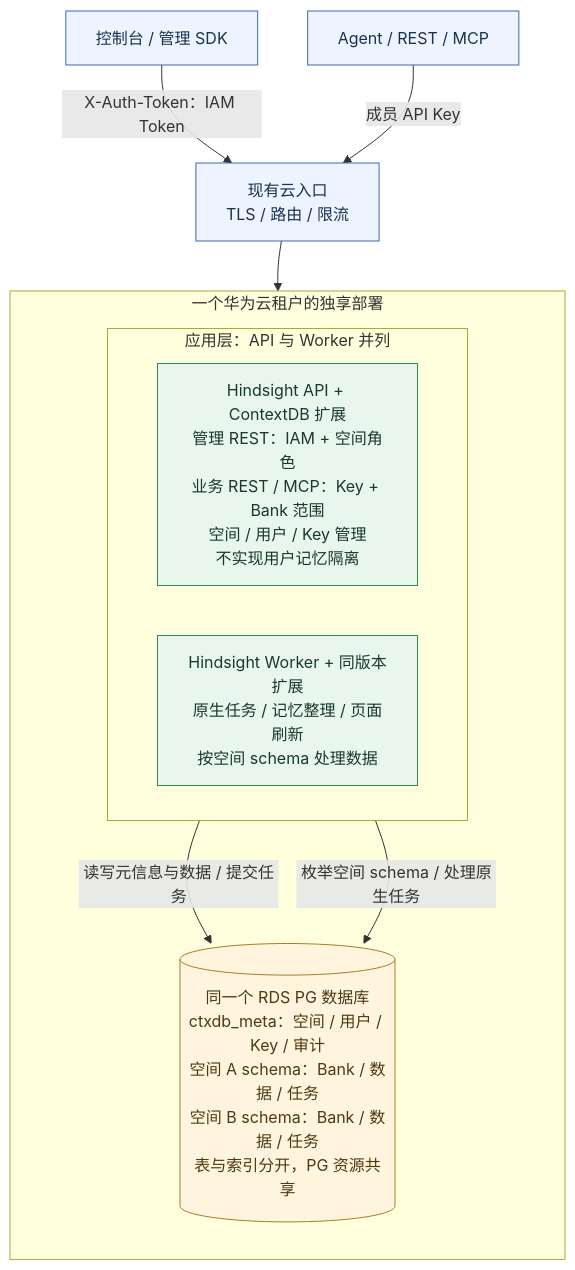
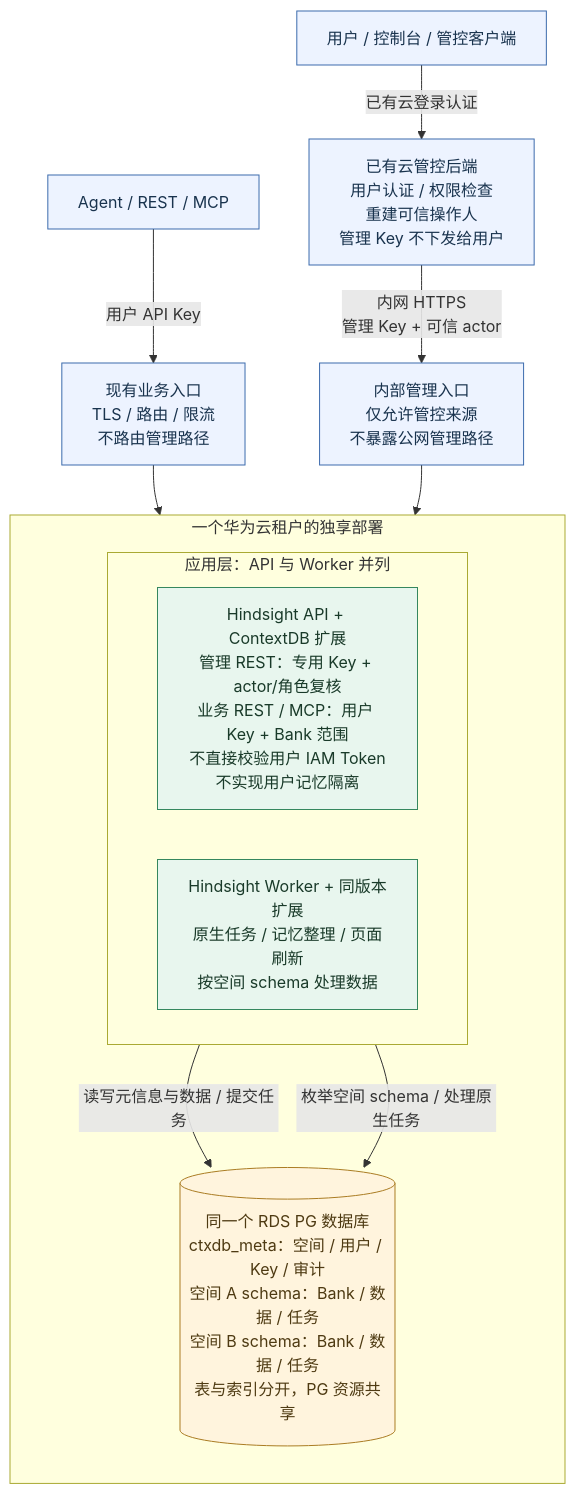
One commit to ZhuQingping/ContextDB-Research changed the diagram in hindsight/diagrams/contextdb-service-architecture.mmd. Above: the diagram before and after it, drawn with Mermaid. The commit also changed 11 other files, not shown here.

Commit message:
docs: use internal control-plane key for ContextDB management

```diff
--- a/hindsight/diagrams/contextdb-service-architecture.mmd
+++ b/hindsight/diagrams/contextdb-service-architecture.mmd
@@ -1,22 +1,23 @@
 flowchart TB
-    Console["控制台 / 管理 SDK"] -- "X-Auth-Token：IAM Token" --> Entry["现有云入口<br/>TLS / 路由 / 限流"]
-    Agent["Agent / REST / MCP"] -- "成员 API Key" --> Entry
+    Console["用户 / 控制台 / 管控客户端"] -- "已有云登录认证" --> Control["已有云管控后端<br/>用户认证 / 权限检查<br/>重建可信操作人<br/>管理 Key 不下发给用户"]
+    Control -- "内网 HTTPS<br/>管理 Key + 可信 actor" --> Internal["内部管理入口<br/>仅允许管控来源<br/>不暴露公网管理路径"]
+    Agent["Agent / REST / MCP"] -- "用户 API Key" --> Entry["现有业务入口<br/>TLS / 路由 / 限流<br/>不路由管理路径"]
     subgraph Tenant["一个华为云租户的独享部署"]
         direction TB
         subgraph App["应用层：API 与 Worker 并列"]
             direction LR
-            API["Hindsight API + ContextDB 扩展<br/>管理 REST：IAM + 空间角色<br/>业务 REST / MCP：Key + Bank 范围<br/>空间 / 用户 / Key 管理<br/>不实现用户记忆隔离"]
+            API["Hindsight API + ContextDB 扩展<br/>管理 REST：专用 Key + actor/角色复核<br/>业务 REST / MCP：用户 Key + Bank 范围<br/>不直接校验用户 IAM Token<br/>不实现用户记忆隔离"]
             Worker["Hindsight Worker + 同版本扩展<br/>原生任务 / 记忆整理 / 页面刷新<br/>按空间 schema 处理数据"]
         end
         PG[("同一个 RDS PG 数据库<br/>ctxdb_meta：空间 / 用户 / Key / 审计<br/>空间 A schema：Bank / 数据 / 任务<br/>空间 B schema：Bank / 数据 / 任务<br/>表与索引分开，PG 资源共享")]
         API -- "读写元信息与数据 / 提交任务" --> PG
         Worker -- "枚举空间 schema / 处理原生任务" --> PG
     end
     Entry --> API
-    Entry ~~~ Worker
+    Internal --> API
     classDef entry fill:#edf3ff,stroke:#3c6bad,color:#19334e
     classDef app fill:#e8f6ee,stroke:#35875e,color:#193a29
     classDef storage fill:#fff4dd,stroke:#aa7c23,color:#4e3a12
-    class Console,Agent,Entry entry
+    class Console,Control,Internal,Agent,Entry entry
     class API,Worker app
     class PG storage
```
